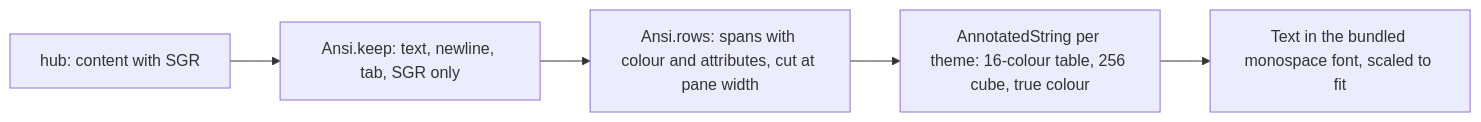
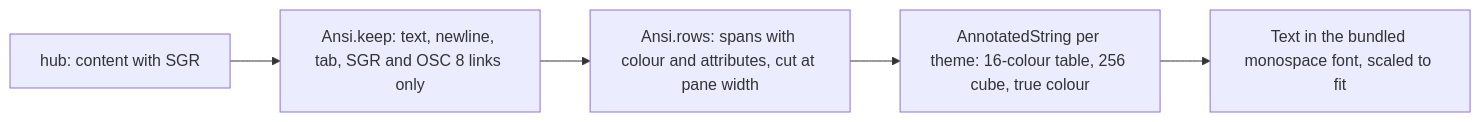
Before and after one commit to notmarkopadjen/muxway-android: the diagram in docs/features/pane-view.md, drawn with Mermaid. The commit also changed other lines of this file and 10 other files, not shown here.

First line of the commit message:
The pane view, the list, mail, attachments, connect, architecture and testing pages and the README follow; the across rows wear the guideline's arrows; s38 takes the hub's naming rule

````diff
--- a/docs/features/pane-view.md
+++ b/docs/features/pane-view.md
@@ -159,7 +179,7 @@
 ```mermaid
 flowchart LR
-    H[hub: content with SGR] --> K[Ansi.keep: text, newline, tab, SGR only]
+    H[hub: content with SGR] --> K[Ansi.keep: text, newline, tab, SGR and OSC 8 links only]
     K --> R[Ansi.rows: spans with colour and attributes, cut at pane width]
     R --> A[AnnotatedString per theme: 16-colour table, 256 cube, true colour]
     A --> T[Text in the bundled monospace font, scaled to fit]
 ```
````
